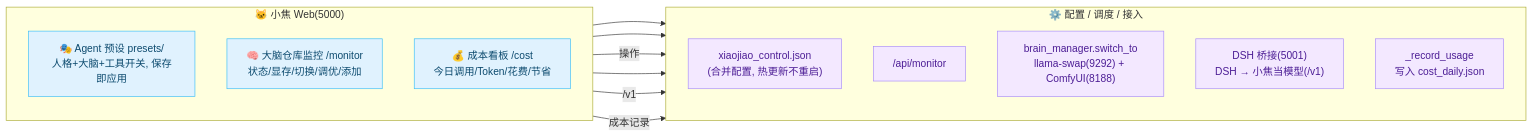
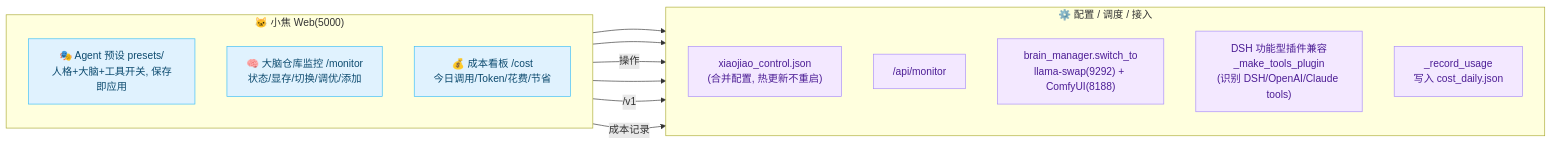
The second of 3 diagrams in docs/architecture.md (jiangchuangege/xiaojiao-harness), drawn with Mermaid before and after one commit. The commit also changed other lines of this file, not shown here.

Commit message:
chore: remove unused dsh_bridge SDK shell; clarify DSH feature-plugin compat; add N.E.K.O.-xiaojiao diagram

````diff
--- a/docs/architecture.md
+++ b/docs/architecture.md
@@ -200,30 +200,30 @@
 ```mermaid
 flowchart LR
     subgraph XJ["🐱 小焦 Web(5000)"]
         direction TB
         P["🎭 Agent 预设 presets/<br/>人格+大脑+工具开关, 保存即应用"]
         M["🧠 大脑仓库监控 /monitor<br/>状态/显存/切换/调优/添加"]
         COST["💰 成本看板 /cost<br/>今日调用/Token/花费/节省"]
     end
 
     subgraph OP["⚙️ 配置 / 调度 / 接入"]
         direction TB
         C["xiaojiao_control.json<br/>(合并配置, 热更新不重启)"]
         A["/api/monitor"]
         B["brain_manager.switch_to<br/>llama-swap(9292) + ComfyUI(8188)"]
-        D["DSH 桥接(5001)<br/>DSH → 小焦当模型(/v1)"]
+        D["DSH 功能型插件兼容<br/>_make_tools_plugin<br/>(识别 DSH/OpenAI/Claude tools)"]
         J["_record_usage<br/>写入 cost_daily.json"]
     end
 
     P --> C
     M --> A
     M -->|操作| B
     XJ -->|/v1| D
     XJ -->|成本记录| J
     COST --> J
 
     classDef xj fill:#e0f2fe,stroke:#38bdf8,color:#0c4a6e;
     classDef op fill:#f3e8ff,stroke:#a78bfa,color:#4c1d95;
     class P,M,COST xj;
     class C,A,B,D,J op;
 ```
````
